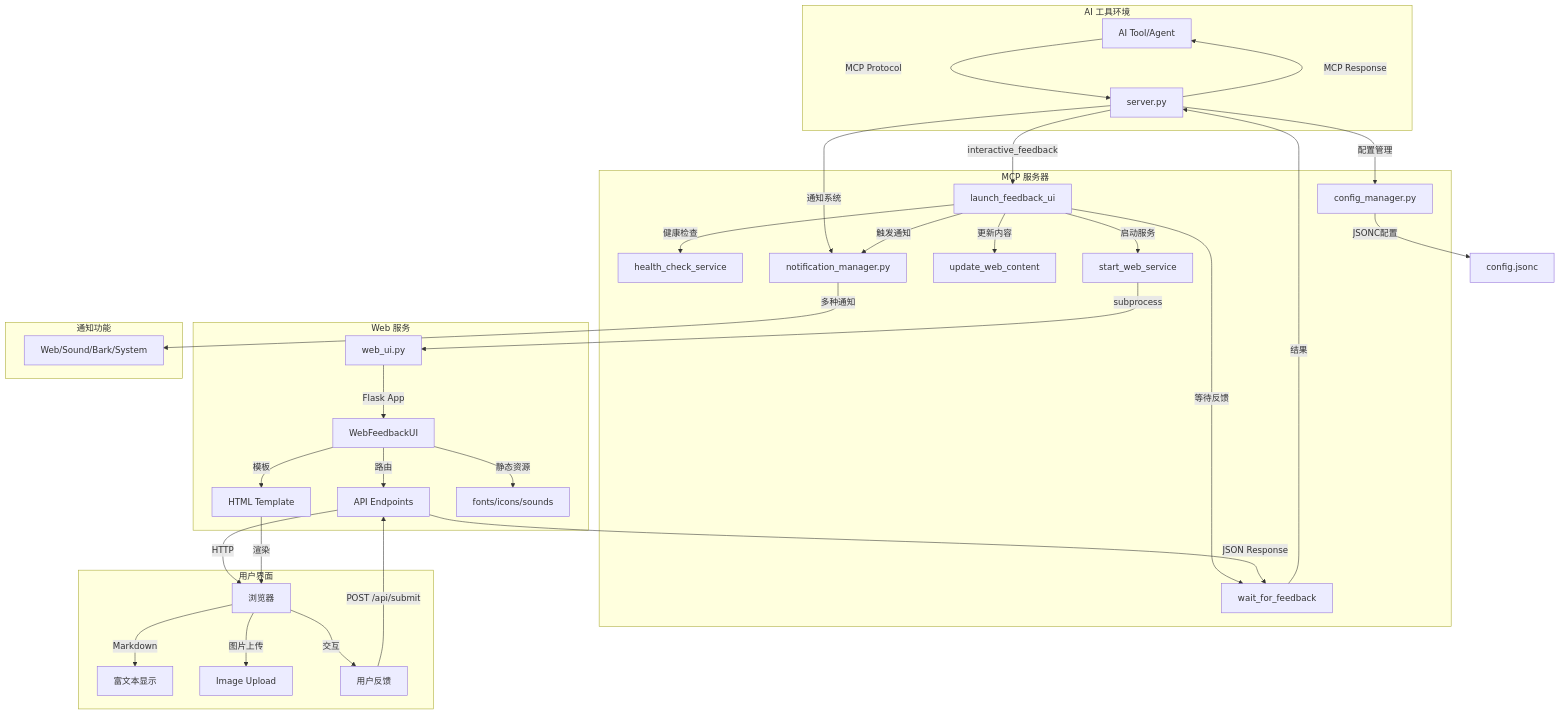
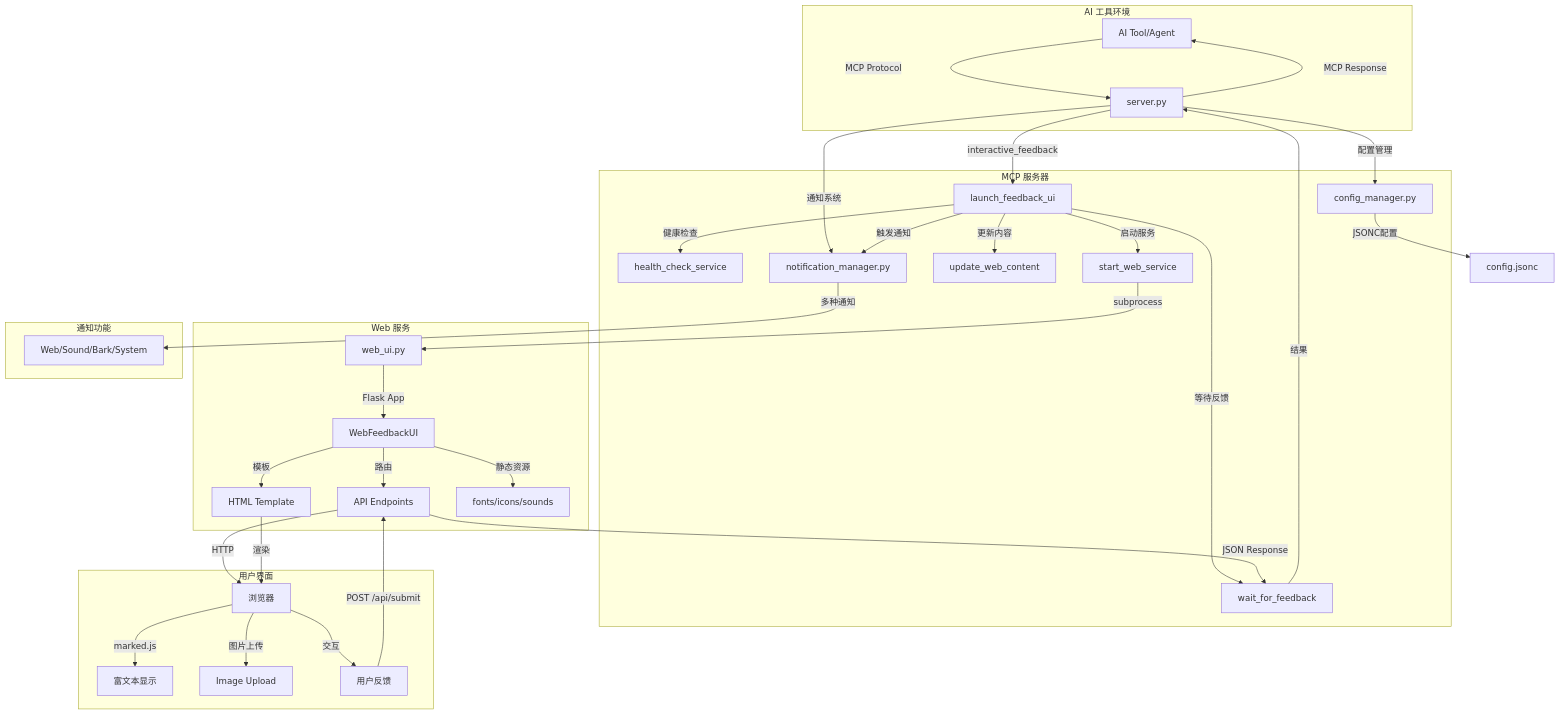
One commit to XIADENGMA/ai-intervention-agent changed the diagram in README.md. Above: the diagram before and after it, drawn with Mermaid. The commit also changed other lines of this file and 32 other files, not shown here.

````diff
--- a/README.md
+++ b/README.md
@@ -271,46 +359,46 @@
 ```mermaid
 graph TB
     subgraph "AI 工具环境"
         A[AI Tool/Agent]
         A -->|MCP Protocol| B[server.py]
     end
 
     subgraph "MCP 服务器"
         B -->|interactive_feedback| C[launch_feedback_ui]
         C -->|健康检查| D[health_check_service]
         C -->|启动服务| E[start_web_service]
         C -->|更新内容| F[update_web_content]
         C -->|等待反馈| G[wait_for_feedback]
 
         B -->|配置管理| CM[config_manager.py]
         B -->|通知系统| NM[notification_manager.py]
     end
 
     subgraph "Web 服务"
         E -->|subprocess| H[web_ui.py]
         H -->|Flask App| I[WebFeedbackUI]
         I -->|路由| J[API Endpoints]
         I -->|模板| K[HTML Template]
         I -->|静态资源| SR[fonts/icons/sounds]
     end
 
     subgraph "用户界面"
         J -->|HTTP| L[浏览器]
         K -->|渲染| L
-        L -->|Markdown| M[富文本显示]
+        L -->|marked.js| M[富文本显示]
         L -->|图片上传| IMG[Image Upload]
         L -->|交互| N[用户反馈]
     end
 
     subgraph "通知功能"
         NM -->|多种通知| NT[Web/Sound/Bark/System]
     end
 
     N -->|POST /api/submit| J
     J -->|JSON Response| G
     G -->|结果| B
     B -->|MCP Response| A
 
     C -->|触发通知| NM
     CM -->|JSONC配置| CF[config.jsonc]
 ```
````
